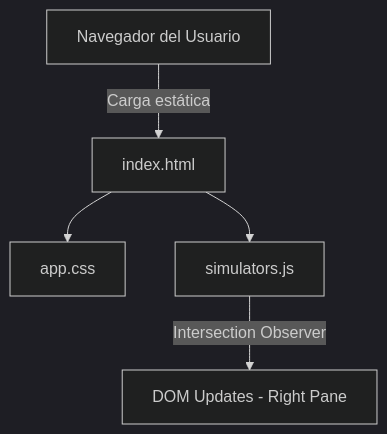
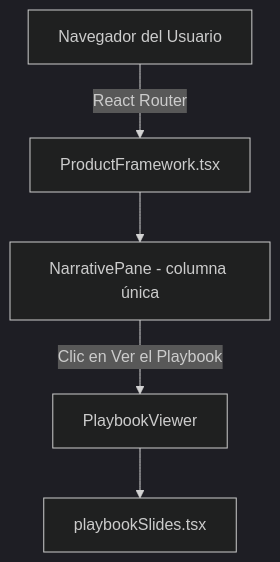
Before and after one commit to victorjaviercorral/spec-vjc-framework: the diagram in docs/02-spec/spec.md, drawn with Mermaid (dark theme). The commit also changed other lines of this file and 3 other files, not shown here.

````diff
--- a/docs/02-spec/spec.md
+++ b/docs/02-spec/spec.md
@@ -23,8 +25,8 @@
 ```mermaid
 %% Componentes, dependencias externas y límites de confianza.
 graph TD
-    Client[Navegador del Usuario] -->|Carga estática| HTML[index.html]
-    HTML --> CSS[app.css]
-    HTML --> JS[simulators.js]
-    JS -->|Intersection Observer| DOM[DOM Updates - Right Pane]
+    Client[Navegador del Usuario] -->|React Router| Page[ProductFramework.tsx]
+    Page --> Nav[NarrativePane - columna única]
+    Nav -->|Clic en Ver el Playbook| Modal[PlaybookViewer]
+    Modal --> Slides[playbookSlides.tsx]
 ```
````
